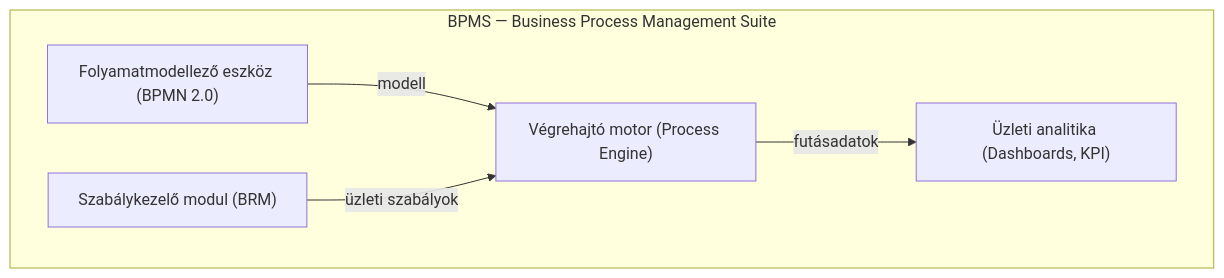
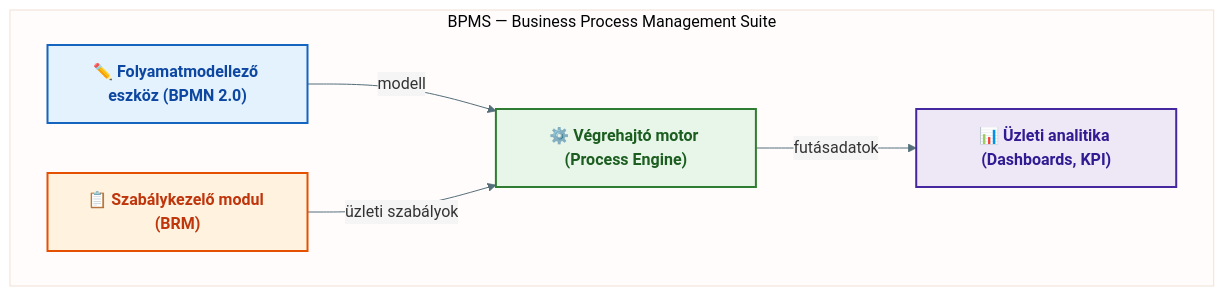
One commit to denespocsik/MM_BSC_Zarovizsga changed the second of 2 diagrams in Tételek/V01-GMXSF2MBLF-BPM életciklusa és BPMS rendszerek.tétel.md. Above: the diagram before and after it, drawn with Mermaid. The commit also changed other lines of this file and 7 other files, not shown here.

First line of the commit message:
style(V01-V05): Mermaid diagram stílus egységesítése a V11-V12 mintájára

````diff
--- a/Tételek/V01-GMXSF2MBLF-BPM életciklusa és BPMS rendszerek.tétel.md
+++ b/Tételek/V01-GMXSF2MBLF-BPM életciklusa és BPMS rendszerek.tétel.md
@@ -40,12 +45,18 @@
 ```mermaid
+%%{init: {'theme': 'base', 'themeVariables': {'primaryColor': '#E3F2FD', 'primaryBorderColor': '#1565C0', 'lineColor': '#546E7A', 'edgeLabelBackground': '#F5F5F5'}}}%%
 graph TB
+    classDef model  fill:#E3F2FD,stroke:#1565C0,stroke-width:2px,color:#0D47A1,font-weight:bold
+    classDef engine fill:#E8F5E9,stroke:#2E7D32,stroke-width:2px,color:#1B5E20,font-weight:bold
+    classDef analyt fill:#EDE7F6,stroke:#4527A0,stroke-width:2px,color:#311B92,font-weight:bold
+    classDef rules  fill:#FFF3E0,stroke:#E65100,stroke-width:2px,color:#BF360C,font-weight:bold
+
     subgraph BPMS["BPMS — Business Process Management Suite"]
-        A["Folyamatmodellező eszköz (BPMN 2.0)"]
-        B["Végrehajtó motor (Process Engine)"]
-        C["Üzleti analitika (Dashboards, KPI)"]
-        D["Szabálykezelő modul (BRM)"]
+        A["✏️ Folyamatmodellező eszköz (BPMN 2.0)"]:::model
+        B["⚙️ Végrehajtó motor (Process Engine)"]:::engine
+        C["📊 Üzleti analitika (Dashboards, KPI)"]:::analyt
+        D["📋 Szabálykezelő modul (BRM)"]:::rules
         A -->|modell| B
         B -->|futásadatok| C
         D -->|üzleti szabályok| B
     end
 ```
````
